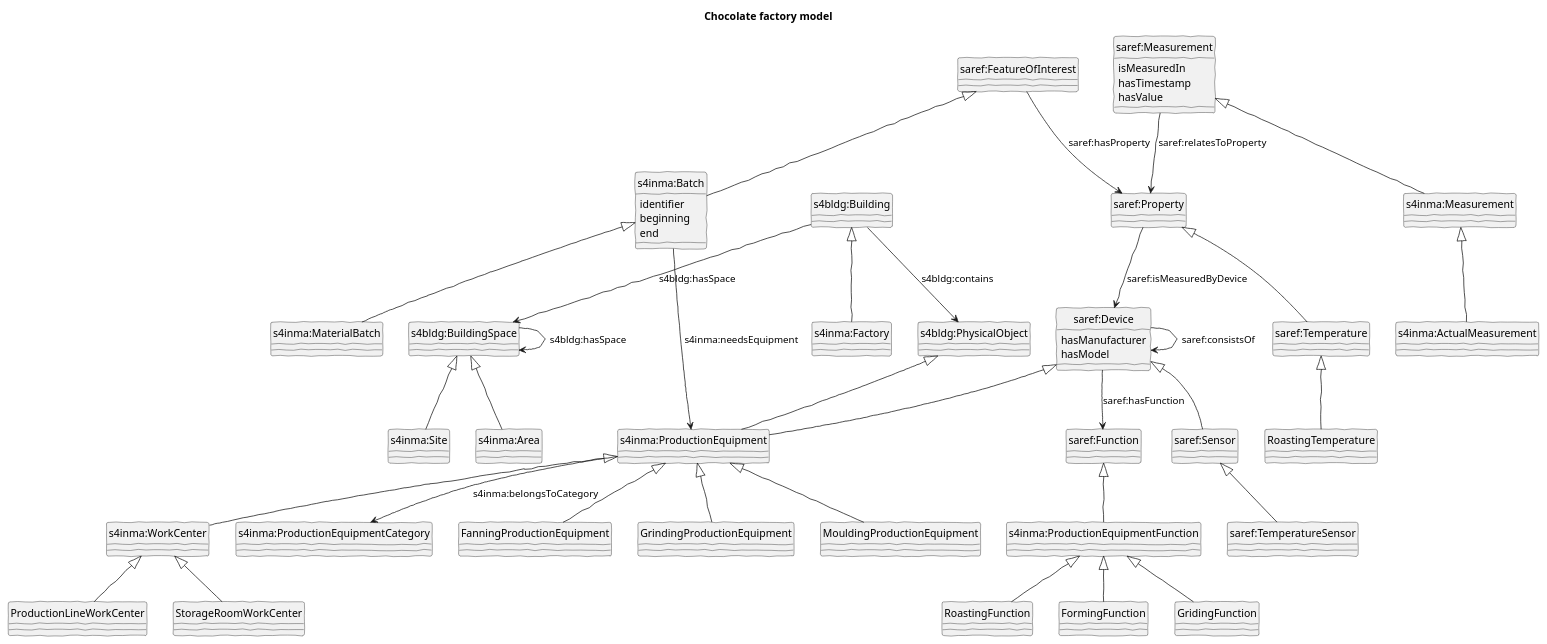
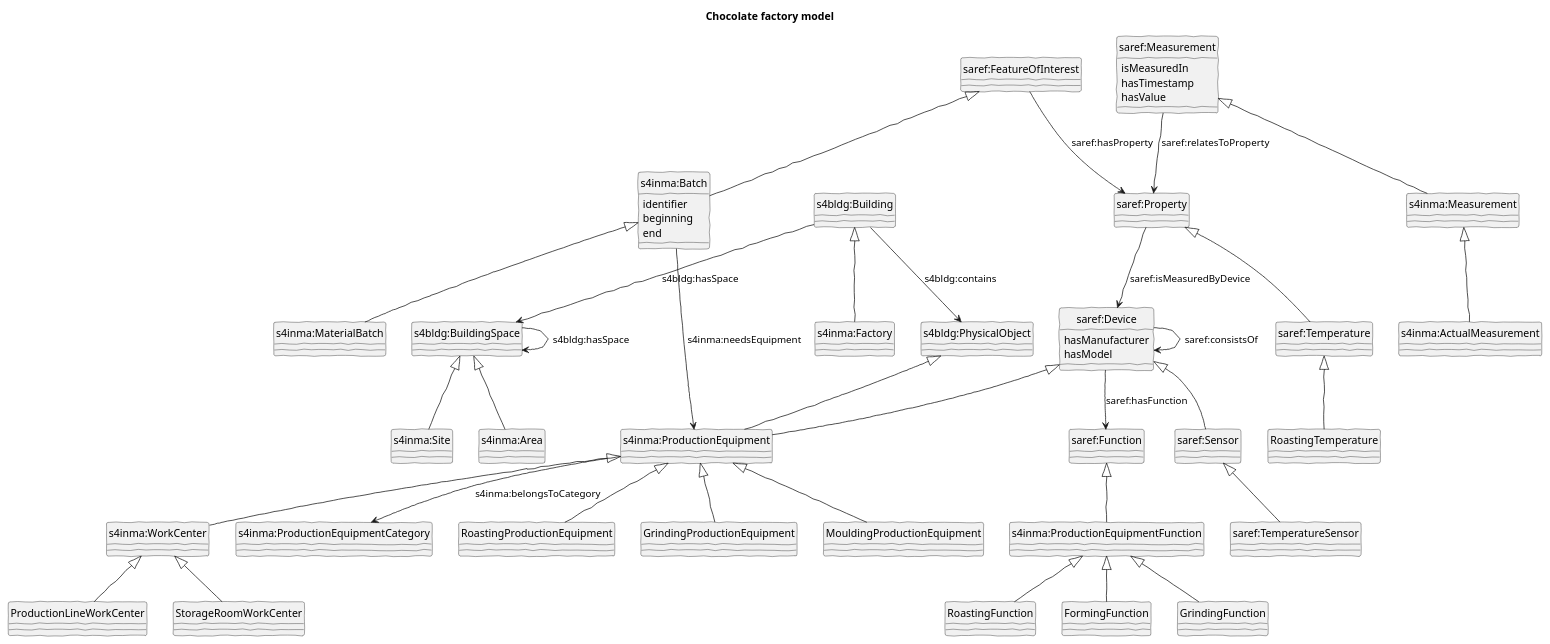
Before and after one commit to sgryphon/iot-demo-build: the diagram in smart-factory/factory-line-twin/twin-model.puml, drawn with PlantUML. The commit also changed 8 other files, not shown here.

```diff
--- a/smart-factory/factory-line-twin/twin-model.puml
+++ b/smart-factory/factory-line-twin/twin-model.puml
@@ -1,121 +1,121 @@
 @startuml 
 
 title Chocolate factory model
 
 hide circle
 skinparam handwritten true
 skinparam useBetaStyle true
 
 ' SAREF core
 
 class "saref:Device" as device {
     hasManufacturer
     hasModel
 }
 class "saref:Function" as function
 device --> function : saref:hasFunction
 device --> device : saref:consistsOf
 
 class "saref:Sensor" as sensor
 class "saref:TemperatureSensor" as temperatureSensor
 device <|-- sensor
 sensor <|-- temperatureSensor
 
 class "saref:FeatureOfInterest" as feature
 
 class "saref:Property" as property
 class "saref:Temperature" as temperatureProperty
 property <|-- temperatureProperty
 
 feature --> property : saref:hasProperty
 property --> device : saref:isMeasuredByDevice
 'property --> device : saref:isControlledByDevice
 
 class "saref:Measurement" as measurement {
     isMeasuredIn
     hasTimestamp
     hasValue
 }
 
 measurement --> property : saref:relatesToProperty
 
 
 ' SAREF Building
 
 class "s4bldg:PhysicalObject" as physicalObject
 class "s4bldg:BuildingSpace" as space
 class "s4bldg:Building" as building
 
 building --> space : s4bldg:hasSpace
 space --> space : s4bldg:hasSpace
 
 building --> physicalObject : s4bldg:contains
 
 
 ' SAREF Manufacturing
 
 class "s4inma:Factory" as factory
 building <|-- factory
 
 class "s4inma:Site" as site
 class "s4inma:Area" as area
 space <|-- site
 space <|-- area
 
 class "s4inma:ProductionEquipment" as productionEquipment
 class "s4inma:WorkCenter" as workCenter
 
 physicalObject <|-- productionEquipment
 device <|-- productionEquipment
 productionEquipment <|-- workCenter
 
 class "s4inma:ProductionEquipmentFunction" as productionEquipmentFunction
 function <|-- productionEquipmentFunction
 
 class "s4inma:ProductionEquipmentCategory" as productionEquipmentCategory
 productionEquipment --> productionEquipmentCategory : s4inma:belongsToCategory
 
 class "s4inma:Batch" as batch {
     identifier
     beginning
     end
 }
 class "s4inma:MaterialBatch" as materialBatch
 feature <|-- batch
 batch <|-- materialBatch
 batch --> productionEquipment : s4inma:needsEquipment
 
 class "s4inma:Measurement" as inmaMeasurement
 class "s4inma:ActualMeasurement" as actualMeasurement
 measurement <|-- inmaMeasurement
 inmaMeasurement <|-- actualMeasurement
 
 
 ' Factory specific
 
 class "ProductionLineWorkCenter" as line
 class "StorageRoomWorkCenter" as store
 
 workCenter <|-- line
 workCenter <|-- store
 
-class "FanningProductionEquipment" as fan
+class "RoastingProductionEquipment" as roaster
 class "GrindingProductionEquipment" as grinder
 class "MouldingProductionEquipment" as mould
 
-productionEquipment <|-- fan
+productionEquipment <|-- roaster
 productionEquipment <|-- grinder
 productionEquipment <|-- mould
 
 class FormingFunction
-class GridingFunction
+class GrindingFunction
 class RoastingFunction
 
 productionEquipmentFunction <|-- FormingFunction
-productionEquipmentFunction <|-- GridingFunction
+productionEquipmentFunction <|-- GrindingFunction
 productionEquipmentFunction <|-- RoastingFunction
 
 class "RoastingTemperature" as roastingTemperatureProperty
 temperatureProperty <|-- roastingTemperatureProperty
 
 @enduml
```
